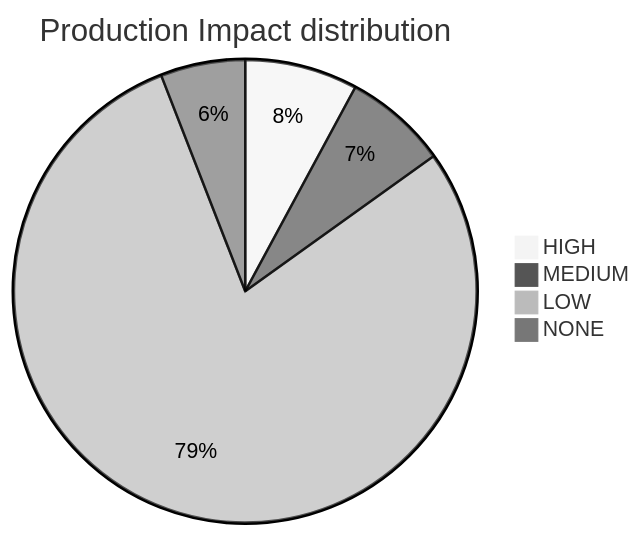
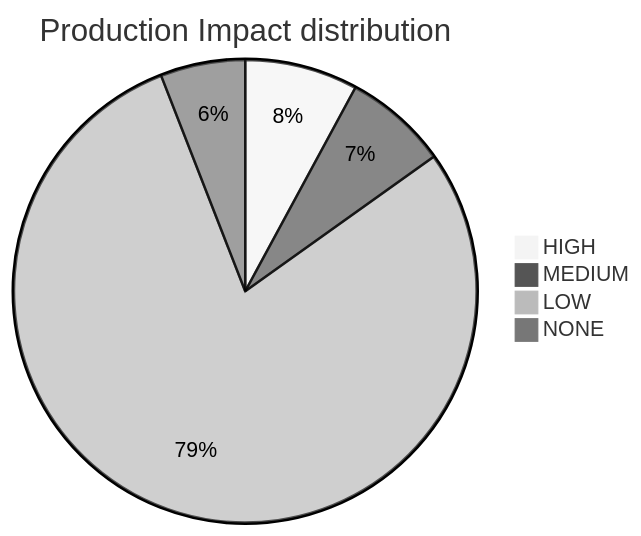
Before and after one commit to mikeybeezy/goldenpath-idp-infra: the diagram in PLATFORM_HEALTH.md, drawn with Mermaid (neutral theme). The commit also changed other lines of this file, not shown here.

````diff
--- a/PLATFORM_HEALTH.md
+++ b/PLATFORM_HEALTH.md
@@ -53,7 +53,7 @@
 ```mermaid
 pie title Production Impact distribution
     "HIGH" : 36
     "MEDIUM" : 33
-    "LOW" : 361
+    "LOW" : 360
     "NONE" : 27
 ```
````
